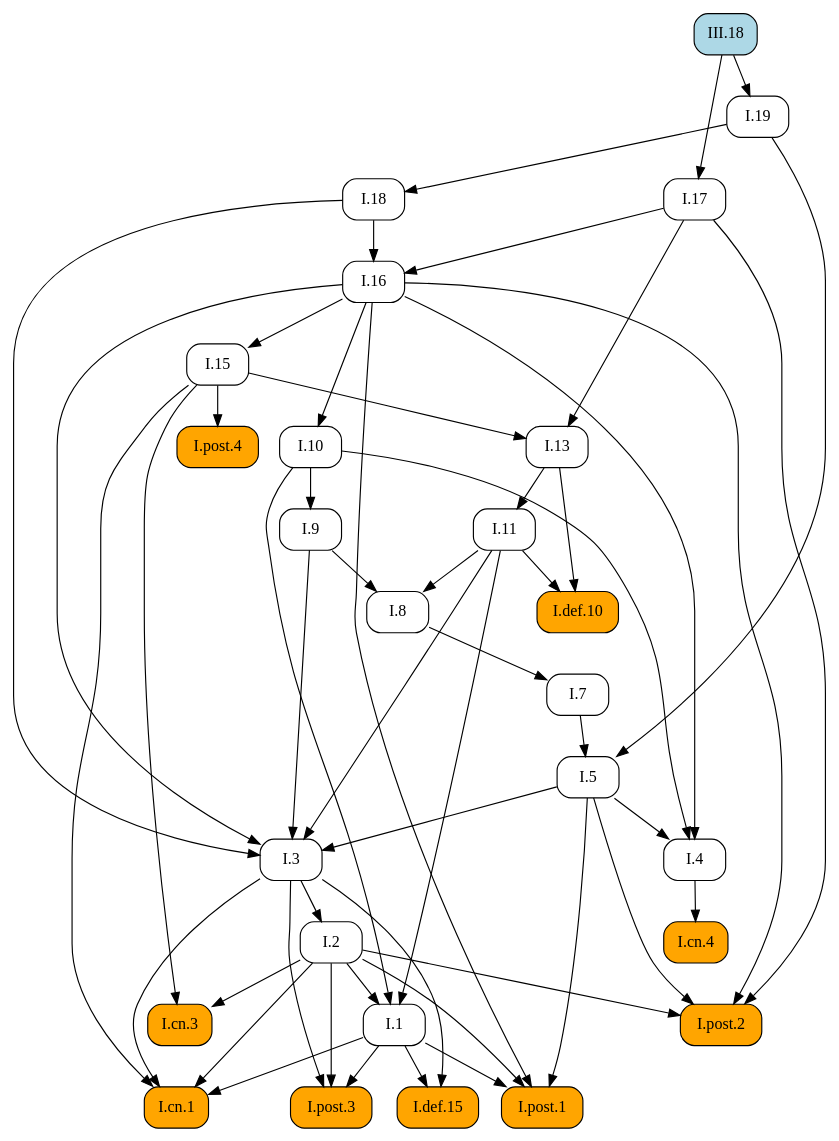
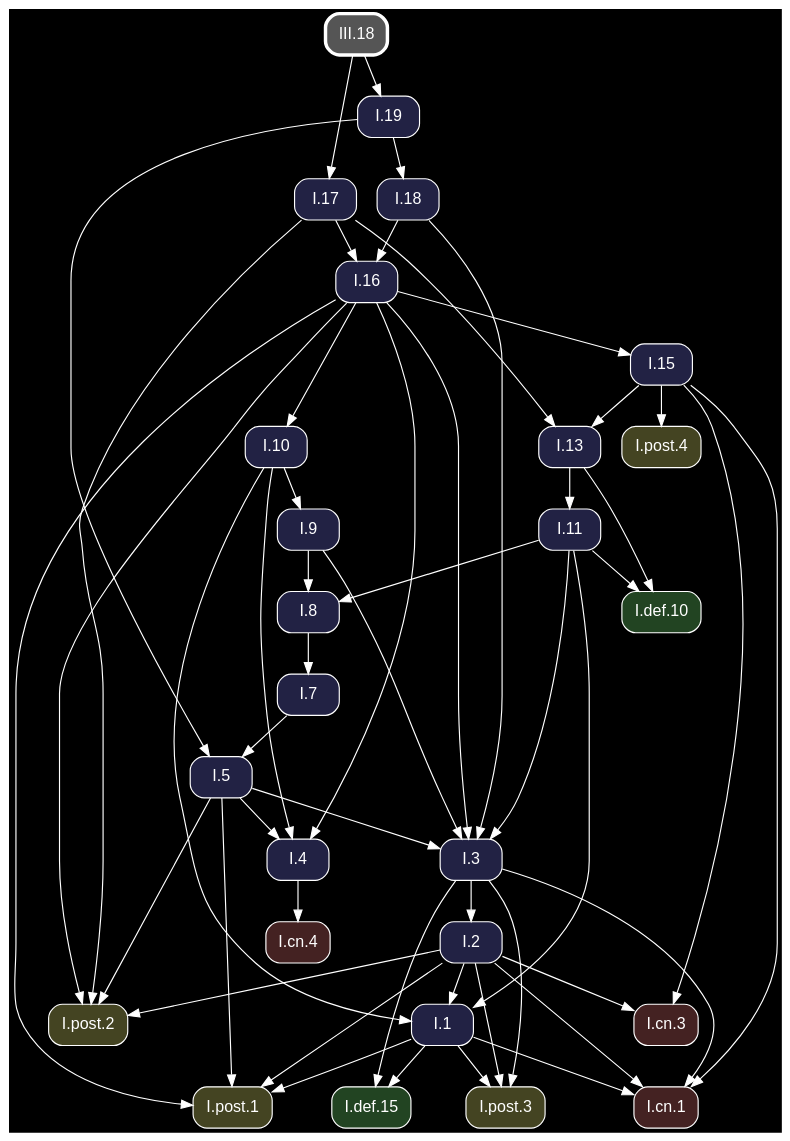
Before and after one commit to geometor/elements: the diagram in docsrc/heath/III/18/index.rst, drawn with Graphviz. The commit also changed other lines of this file and 1200 other files, not shown here.

Commit message:
update dependency graphs

```diff
--- a/docsrc/heath/III/18/index.rst
+++ b/docsrc/heath/III/18/index.rst
@@ -64,83 +64,85 @@
 .. graphviz::
 
    digraph {
+     bgcolor="black";
+     node [shape=box, style="rounded,filled", fontname="Helvetica", color="white", fontcolor="white"];
+     edge [color="white", fontcolor="white"];
      rankdir="TB";
-     node [shape=box, style=rounded];
-     "I.9" [URL="/heath/I/9/", target="_top"];
-     "I.cn.1" [style="rounded,filled", fillcolor=orange, URL="/heath/I/cn.1/", target="_top"];
-     "III.18" [style="rounded,filled", fillcolor=lightblue, URL="/heath/III/18/", target="_top"];
-     "I.7" [URL="/heath/I/7/", target="_top"];
-     "I.2" [URL="/heath/I/2/", target="_top"];
-     "I.def.15" [style="rounded,filled", fillcolor=orange, URL="/heath/I/def.15/", target="_top"];
-     "I.13" [URL="/heath/I/13/", target="_top"];
-     "I.post.4" [style="rounded,filled", fillcolor=orange, URL="/heath/I/post.4/", target="_top"];
-     "I.4" [URL="/heath/I/4/", target="_top"];
-     "I.1" [URL="/heath/I/1/", target="_top"];
-     "I.post.3" [style="rounded,filled", fillcolor=orange, URL="/heath/I/post.3/", target="_top"];
-     "I.post.1" [style="rounded,filled", fillcolor=orange, URL="/heath/I/post.1/", target="_top"];
-     "I.5" [URL="/heath/I/5/", target="_top"];
-     "I.19" [URL="/heath/I/19/", target="_top"];
-     "I.8" [URL="/heath/I/8/", target="_top"];
-     "I.17" [URL="/heath/I/17/", target="_top"];
-     "I.cn.3" [style="rounded,filled", fillcolor=orange, URL="/heath/I/cn.3/", target="_top"];
-     "I.16" [URL="/heath/I/16/", target="_top"];
-     "I.def.10" [style="rounded,filled", fillcolor=orange, URL="/heath/I/def.10/", target="_top"];
-     "I.18" [URL="/heath/I/18/", target="_top"];
-     "I.15" [URL="/heath/I/15/", target="_top"];
-     "I.10" [URL="/heath/I/10/", target="_top"];
-     "I.11" [URL="/heath/I/11/", target="_top"];
-     "I.cn.4" [style="rounded,filled", fillcolor=orange, URL="/heath/I/cn.4/", target="_top"];
-     "I.post.2" [style="rounded,filled", fillcolor=orange, URL="/heath/I/post.2/", target="_top"];
-     "I.3" [URL="/heath/I/3/", target="_top"];
-     "I.10" -> "I.9";
-     "I.1" -> "I.cn.1";
-     "I.2" -> "I.cn.1";
-     "I.3" -> "I.cn.1";
-     "I.15" -> "I.cn.1";
-     "I.8" -> "I.7";
-     "I.3" -> "I.2";
-     "I.1" -> "I.def.15";
-     "I.3" -> "I.def.15";
-     "I.15" -> "I.13";
-     "I.17" -> "I.13";
-     "I.15" -> "I.post.4";
-     "I.5" -> "I.4";
-     "I.10" -> "I.4";
-     "I.16" -> "I.4";
-     "I.2" -> "I.1";
-     "I.10" -> "I.1";
-     "I.11" -> "I.1";
-     "I.1" -> "I.post.3";
-     "I.2" -> "I.post.3";
-     "I.3" -> "I.post.3";
-     "I.1" -> "I.post.1";
-     "I.2" -> "I.post.1";
-     "I.5" -> "I.post.1";
-     "I.16" -> "I.post.1";
-     "I.7" -> "I.5";
-     "I.19" -> "I.5";
-     "III.18" -> "I.19";
-     "I.9" -> "I.8";
-     "I.11" -> "I.8";
-     "III.18" -> "I.17";
-     "I.2" -> "I.cn.3";
-     "I.15" -> "I.cn.3";
-     "I.17" -> "I.16";
-     "I.18" -> "I.16";
-     "I.11" -> "I.def.10";
-     "I.13" -> "I.def.10";
-     "I.19" -> "I.18";
-     "I.16" -> "I.15";
-     "I.16" -> "I.10";
-     "I.13" -> "I.11";
-     "I.4" -> "I.cn.4";
-     "I.2" -> "I.post.2";
-     "I.5" -> "I.post.2";
-     "I.16" -> "I.post.2";
-     "I.17" -> "I.post.2";
+     "I.3" [fillcolor="#222244", URL="/heath/I/3/", target="_top"];
+     "I.post.1" [fillcolor="#444422", URL="/heath/I/post.1/", target="_top"];
+     "I.cn.1" [fillcolor="#442222", URL="/heath/I/cn.1/", target="_top"];
+     "I.19" [fillcolor="#222244", URL="/heath/I/19/", target="_top"];
+     "I.def.10" [fillcolor="#224422", URL="/heath/I/def.10/", target="_top"];
+     "I.15" [fillcolor="#222244", URL="/heath/I/15/", target="_top"];
+     "I.11" [fillcolor="#222244", URL="/heath/I/11/", target="_top"];
+     "I.16" [fillcolor="#222244", URL="/heath/I/16/", target="_top"];
+     "I.cn.3" [fillcolor="#442222", URL="/heath/I/cn.3/", target="_top"];
+     "I.13" [fillcolor="#222244", URL="/heath/I/13/", target="_top"];
+     "III.18" [penwidth=3, color="white", fillcolor="#555555", URL="/heath/III/18/", target="_top"];
+     "I.2" [fillcolor="#222244", URL="/heath/I/2/", target="_top"];
+     "I.post.2" [fillcolor="#444422", URL="/heath/I/post.2/", target="_top"];
+     "I.cn.4" [fillcolor="#442222", URL="/heath/I/cn.4/", target="_top"];
+     "I.9" [fillcolor="#222244", URL="/heath/I/9/", target="_top"];
+     "I.1" [fillcolor="#222244", URL="/heath/I/1/", target="_top"];
+     "I.post.4" [fillcolor="#444422", URL="/heath/I/post.4/", target="_top"];
+     "I.8" [fillcolor="#222244", URL="/heath/I/8/", target="_top"];
+     "I.4" [fillcolor="#222244", URL="/heath/I/4/", target="_top"];
+     "I.post.3" [fillcolor="#444422", URL="/heath/I/post.3/", target="_top"];
+     "I.18" [fillcolor="#222244", URL="/heath/I/18/", target="_top"];
+     "I.7" [fillcolor="#222244", URL="/heath/I/7/", target="_top"];
+     "I.def.15" [fillcolor="#224422", URL="/heath/I/def.15/", target="_top"];
+     "I.5" [fillcolor="#222244", URL="/heath/I/5/", target="_top"];
+     "I.17" [fillcolor="#222244", URL="/heath/I/17/", target="_top"];
+     "I.10" [fillcolor="#222244", URL="/heath/I/10/", target="_top"];
      "I.5" -> "I.3";
      "I.9" -> "I.3";
      "I.11" -> "I.3";
      "I.16" -> "I.3";
      "I.18" -> "I.3";
+     "I.1" -> "I.post.1";
+     "I.2" -> "I.post.1";
+     "I.5" -> "I.post.1";
+     "I.16" -> "I.post.1";
+     "I.1" -> "I.cn.1";
+     "I.2" -> "I.cn.1";
+     "I.3" -> "I.cn.1";
+     "I.15" -> "I.cn.1";
+     "III.18" -> "I.19";
+     "I.11" -> "I.def.10";
+     "I.13" -> "I.def.10";
+     "I.16" -> "I.15";
+     "I.13" -> "I.11";
+     "I.17" -> "I.16";
+     "I.18" -> "I.16";
+     "I.2" -> "I.cn.3";
+     "I.15" -> "I.cn.3";
+     "I.15" -> "I.13";
+     "I.17" -> "I.13";
+     "I.3" -> "I.2";
+     "I.2" -> "I.post.2";
+     "I.5" -> "I.post.2";
+     "I.16" -> "I.post.2";
+     "I.17" -> "I.post.2";
+     "I.4" -> "I.cn.4";
+     "I.10" -> "I.9";
+     "I.2" -> "I.1";
+     "I.10" -> "I.1";
+     "I.11" -> "I.1";
+     "I.15" -> "I.post.4";
+     "I.9" -> "I.8";
+     "I.11" -> "I.8";
+     "I.5" -> "I.4";
+     "I.10" -> "I.4";
+     "I.16" -> "I.4";
+     "I.1" -> "I.post.3";
+     "I.2" -> "I.post.3";
+     "I.3" -> "I.post.3";
+     "I.19" -> "I.18";
+     "I.8" -> "I.7";
+     "I.1" -> "I.def.15";
+     "I.3" -> "I.def.15";
+     "I.7" -> "I.5";
+     "I.19" -> "I.5";
+     "III.18" -> "I.17";
+     "I.16" -> "I.10";
    }
```
